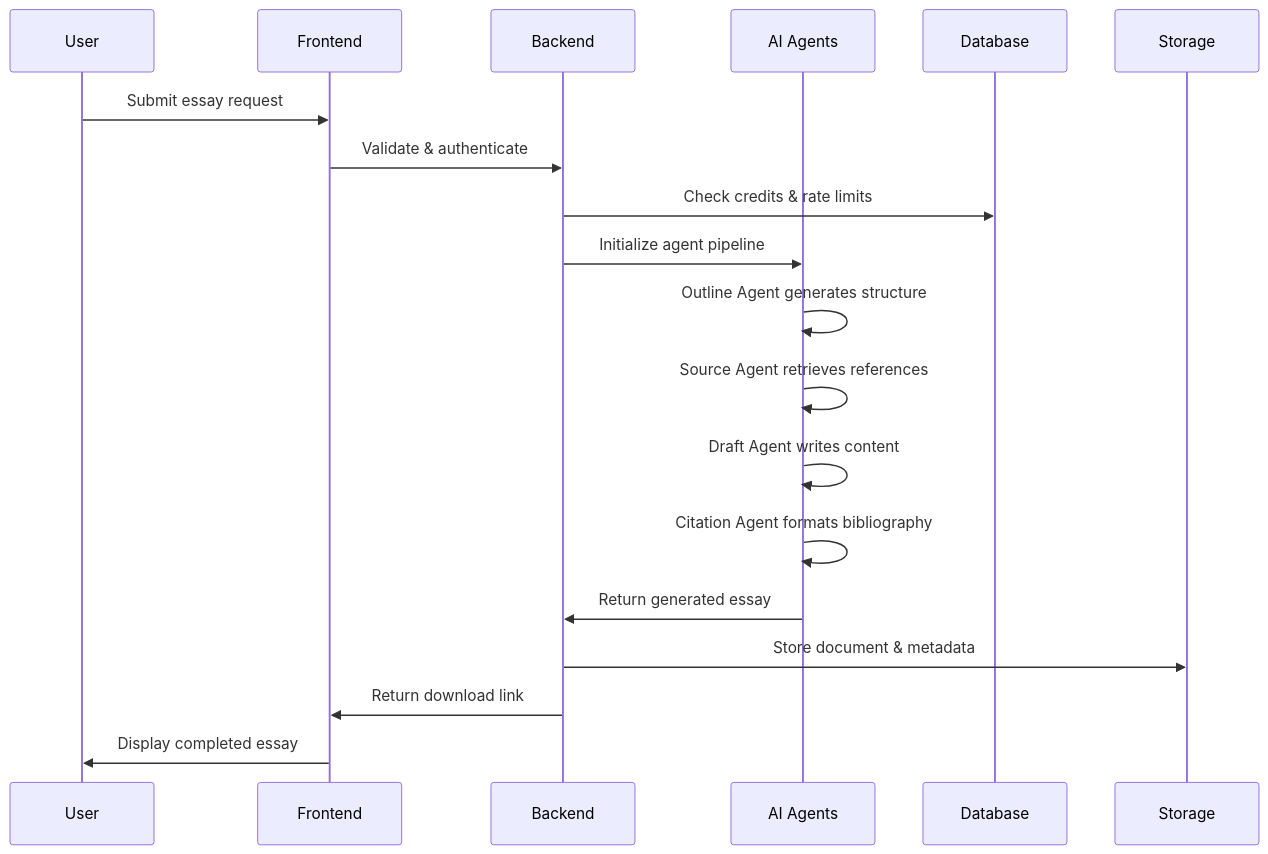
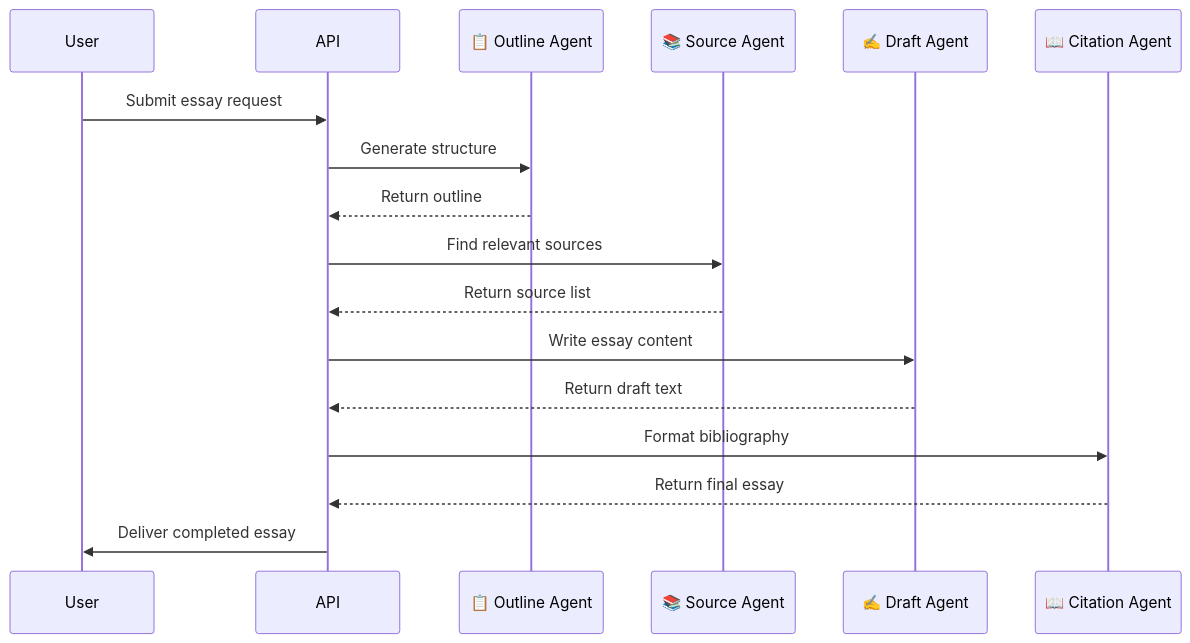
One commit to blakeatech/essay-writer-ai changed the third of 3 diagrams in README.md. Above: the diagram before and after it, drawn with Mermaid. The commit also changed other lines of this file, not shown here.

````diff
--- a/README.md
+++ b/README.md
@@ -67,24 +75,24 @@
 ```mermaid
 sequenceDiagram
-    participant U as User
-    participant F as Frontend
-    participant B as Backend
-    participant A as AI Agents
-    participant D as Database
-    participant S as Storage
+    participant User
+    participant API
+    participant Outline as 📋 Outline Agent
+    participant Source as 📚 Source Agent  
+    participant Draft as ✍️ Draft Agent
+    participant Citation as 📖 Citation Agent
     
-    U->>F: Submit essay request
-    F->>B: Validate & authenticate
-    B->>D: Check credits & rate limits
-    B->>A: Initialize agent pipeline
+    User->>API: Submit essay request
+    API->>Outline: Generate structure
+    Outline-->>API: Return outline
     
-    A->>A: Outline Agent generates structure
-    A->>A: Source Agent retrieves references
-    A->>A: Draft Agent writes content
-    A->>A: Citation Agent formats bibliography
+    API->>Source: Find relevant sources
+    Source-->>API: Return source list
     
-    A->>B: Return generated essay
-    B->>S: Store document & metadata
-    B->>F: Return download link
-    F->>U: Display completed essay
+    API->>Draft: Write essay content
+    Draft-->>API: Return draft text
+    
+    API->>Citation: Format bibliography
+    Citation-->>API: Return final essay
+    
+    API->>User: Deliver completed essay
 ```
````
